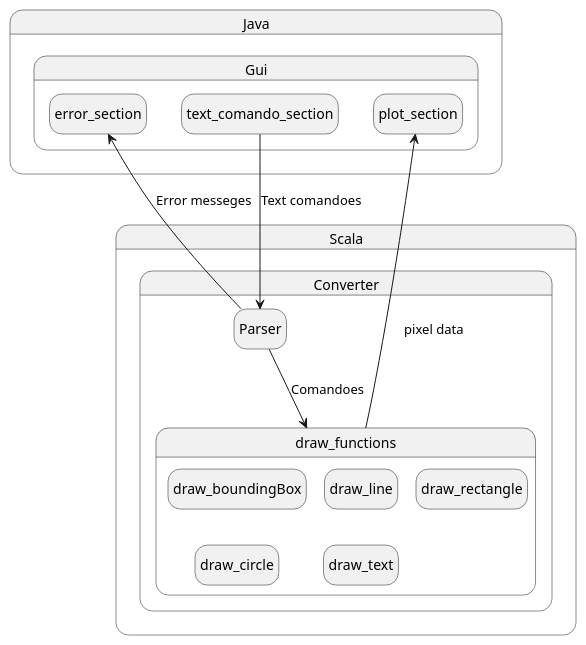
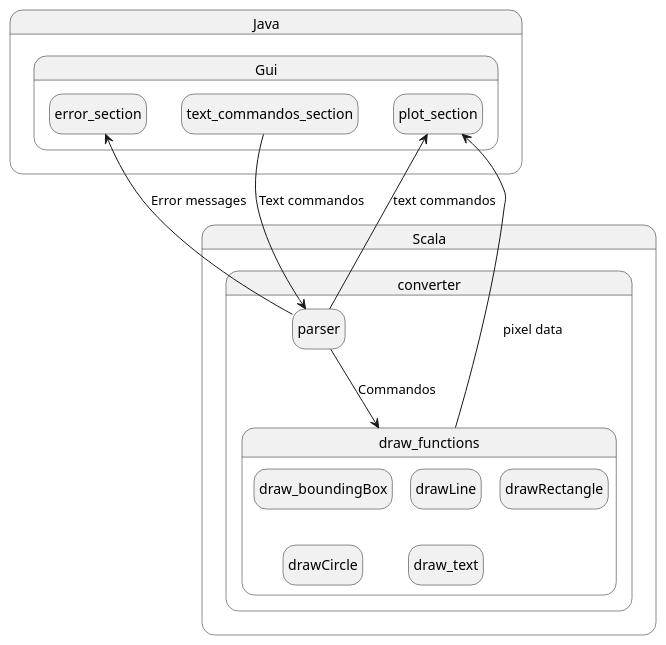
Before and after one commit to au706600/Software-Correctness-Project: the first of 3 diagrams in doc/diagrams.puml, drawn with PlantUML. The commit also changed other lines of this file and 13 other files, not shown here.

```diff
--- a/doc/diagrams.puml
+++ b/doc/diagrams.puml
@@ -1,34 +1,34 @@
 @startuml Overview
 
 hide empty description
 
 state Java {
     state Gui {
         state plot_section
-        state text_comando_section
+        state text_commandos_section
         state error_section
     }
 }
 
 state Scala {
-    state Converter {
-        state Parser
+    state converter {
+        state parser
         state draw_functions {
             state draw_boundingBox
-            state draw_line
-            state draw_rectangle
-            state draw_circle
-            state draw_text
+            state drawLine
+            state drawRectangle
+            state drawCircle
 
-            draw_boundingBox -[hidden]-> draw_circle
-            draw_line -[hidden]-> draw_text
+            draw_boundingBox -[hidden]-> drawCircle
+            drawLine -[hidden]-> draw_text
         }
     }
 }
 
-text_comando_section -down-> Parser: Text comandoes
-Parser --> draw_functions: Comandoes
-Parser -up-> error_section: Error messeges
+text_commandos_section -down-> parser: Text commandos
+parser --> draw_functions: Commandos
+parser -up-> error_section: Error messages
+parser --> plot_section: text commandos
 draw_functions -up-> plot_section: pixel data
 
 @enduml
```
